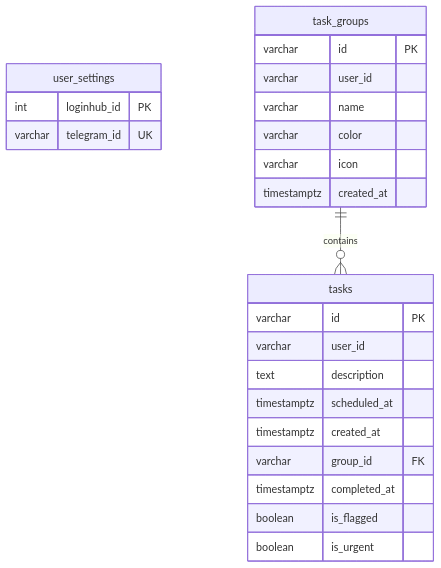
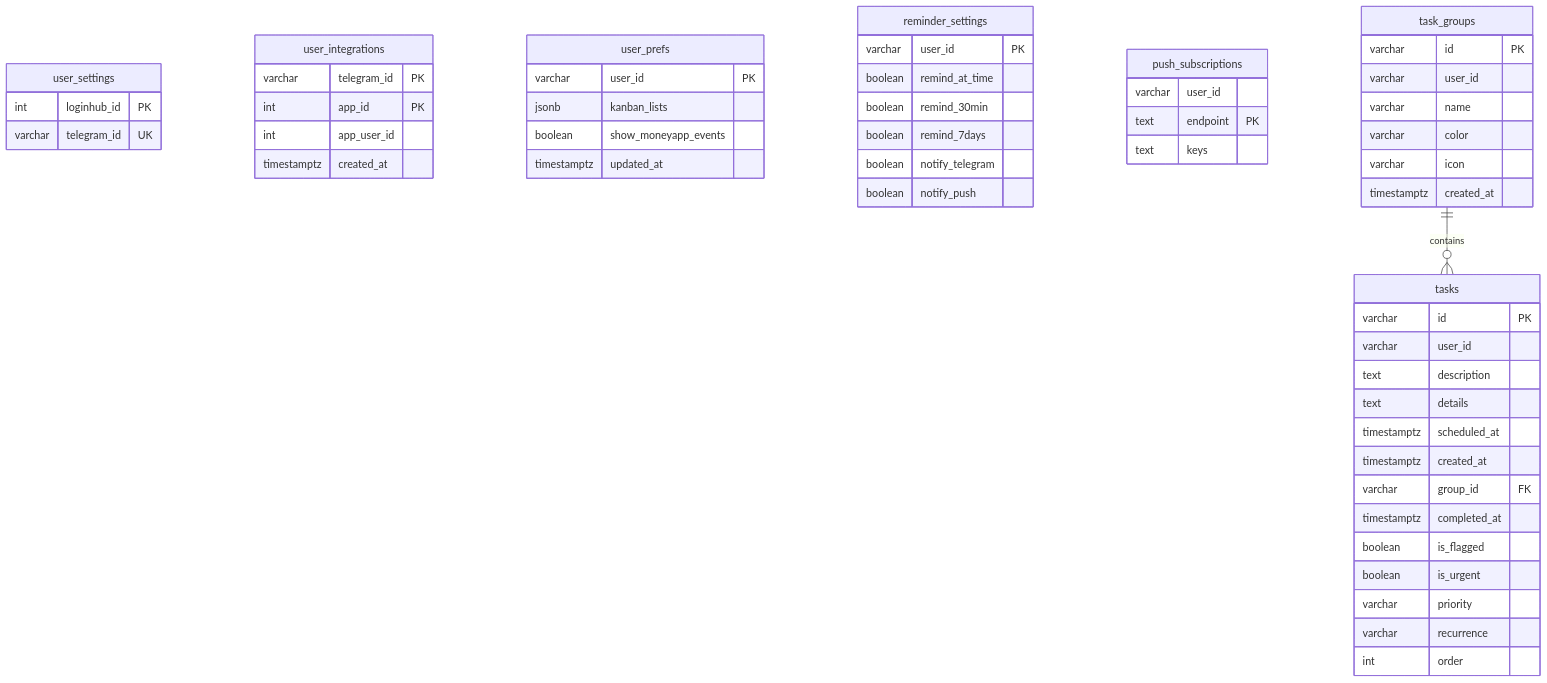
The second of 2 diagrams in README.md (moablive/LBS_TodoAPP), drawn with Mermaid before and after one commit. The commit also changed other lines of this file and 1 other file, not shown here.

First line of the commit message:
fix(calendar): consumir title/color do /api/calendar do MoneyAPP + README detalhado

````diff
--- a/README.md
+++ b/README.md
@@ -163,27 +183,56 @@
 ```mermaid
 erDiagram
   user_settings {
     int loginhub_id PK
     varchar telegram_id UK
+  }
+  user_integrations {
+    varchar telegram_id PK
+    int app_id PK
+    int app_user_id
+    timestamptz created_at
+  }
+  user_prefs {
+    varchar user_id PK
+    jsonb kanban_lists
+    boolean show_moneyapp_events
+    timestamptz updated_at
+  }
+  reminder_settings {
+    varchar user_id PK
+    boolean remind_at_time
+    boolean remind_30min
+    boolean remind_7days
+    boolean notify_telegram
+    boolean notify_push
+  }
+  push_subscriptions {
+    varchar user_id
+    text endpoint PK
+    text keys
   }
   task_groups {
     varchar id PK
     varchar user_id
     varchar name
     varchar color
     varchar icon
     timestamptz created_at
   }
   tasks {
     varchar id PK
     varchar user_id
     text description
+    text details
     timestamptz scheduled_at
     timestamptz created_at
     varchar group_id FK
     timestamptz completed_at
     boolean is_flagged
     boolean is_urgent
+    varchar priority
+    varchar recurrence
+    int order
   }
   task_groups ||--o{ tasks : contains
 ```
````
